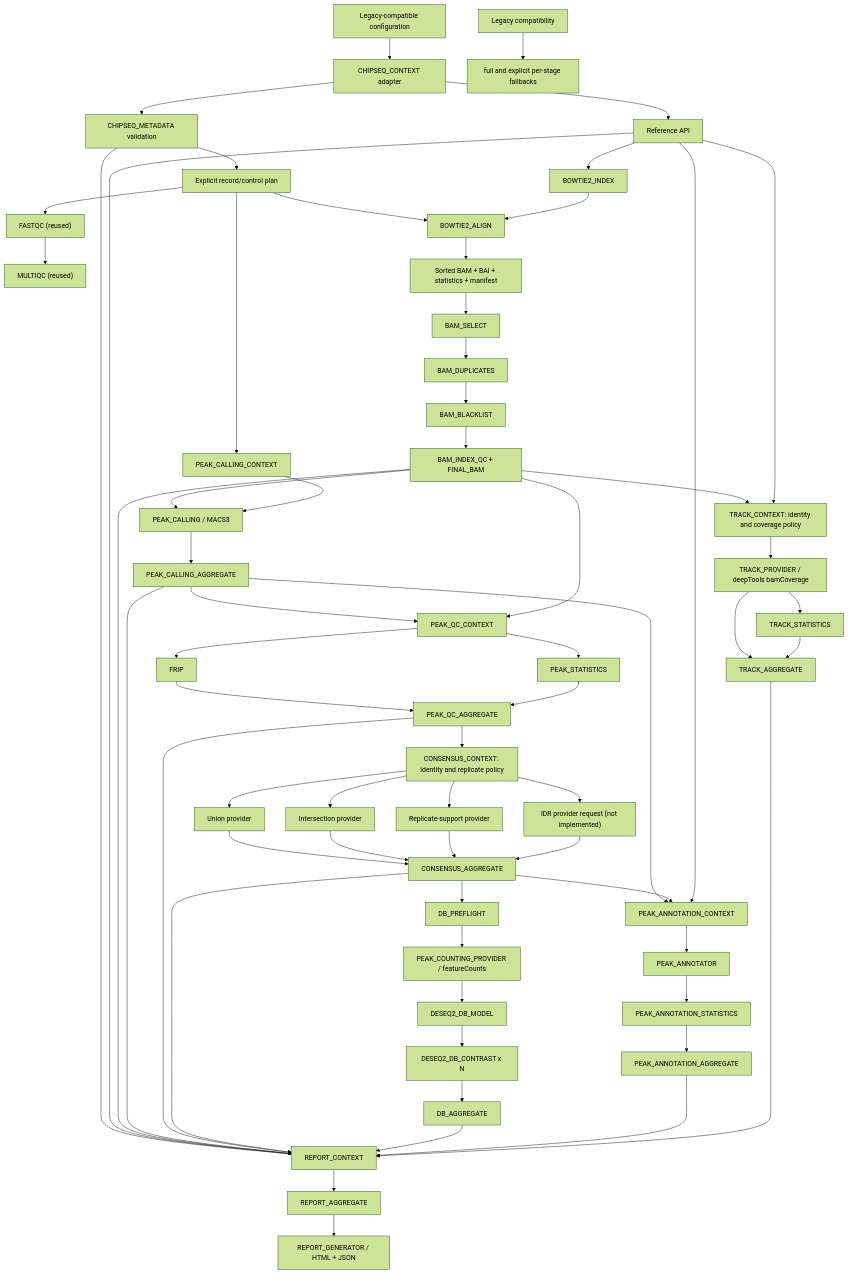
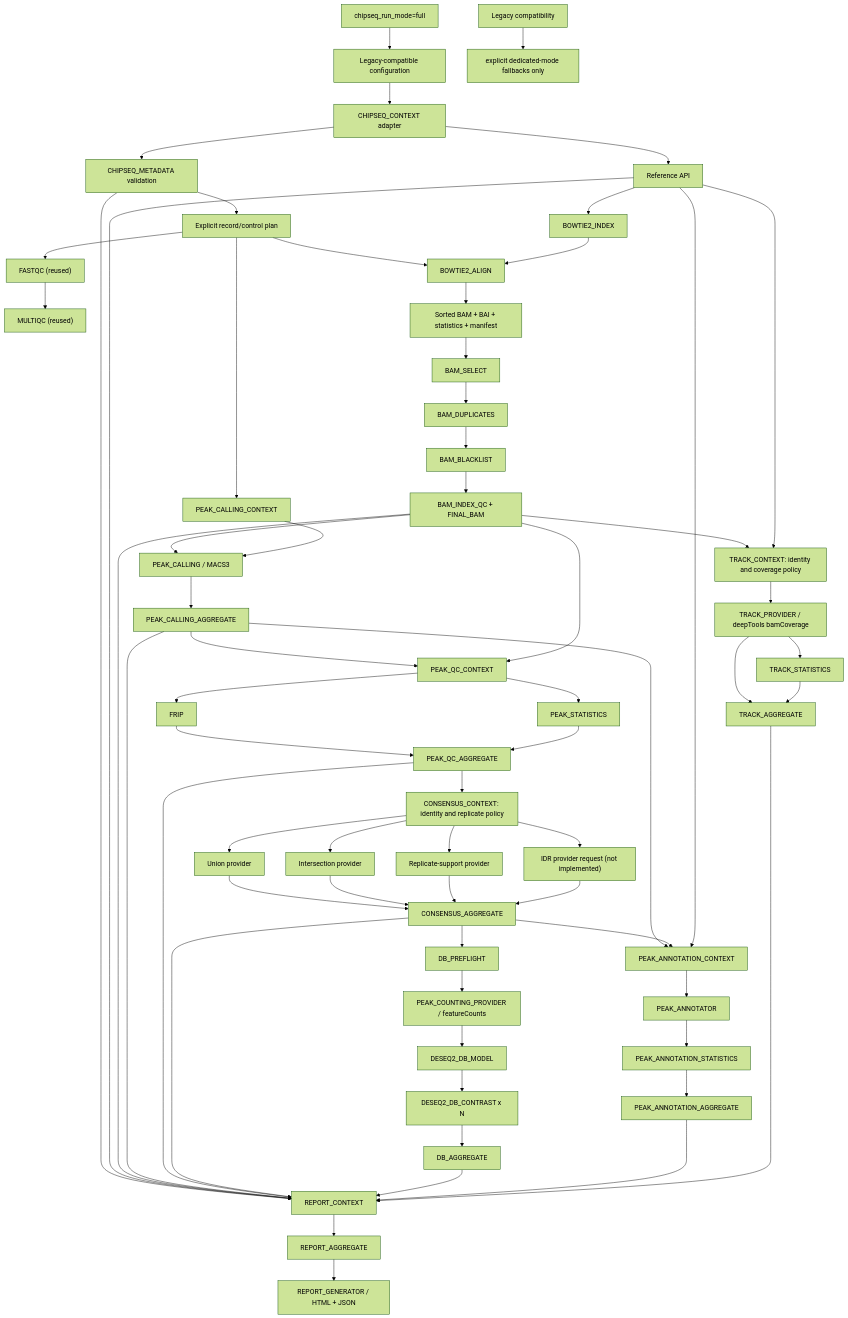
One commit to GMiguelAlves/HelixForge changed the diagram in docs/chipseq-architecture.md. Above: the diagram before and after it, drawn with Mermaid (forest theme). The commit also changed other lines of this file and 14 other files, not shown here.

````diff
--- a/docs/chipseq-architecture.md
+++ b/docs/chipseq-architecture.md
@@ -7,70 +7,71 @@
 ```mermaid
 flowchart TD
     CFG["Legacy-compatible configuration"] --> CTX["CHIPSEQ_CONTEXT adapter"]
     CTX --> META["CHIPSEQ_METADATA validation"]
     META --> PLAN["Explicit record/control plan"]
     PLAN --> FQ["FASTQC (reused)"]
     FQ --> MQ["MULTIQC (reused)"]
     CTX --> REF["Reference API"]
     REF --> BI["BOWTIE2_INDEX"]
     PLAN --> BA["BOWTIE2_ALIGN"]
     BI --> BA
     BA --> BAM["Sorted BAM + BAI + statistics + manifest"]
 
     BAM --> SEL["BAM_SELECT"]
     SEL --> DUP["BAM_DUPLICATES"]
     DUP --> BL["BAM_BLACKLIST"]
     BL --> FINAL["BAM_INDEX_QC + FINAL_BAM"]
     PLAN --> PCTX["PEAK_CALLING_CONTEXT"]
     FINAL --> PC["PEAK_CALLING / MACS3"]
     PCTX --> PC
     PC --> PAGG["PEAK_CALLING_AGGREGATE"]
     PAGG --> PQC["PEAK_QC_CONTEXT"]
     FINAL --> PQC
     PQC --> FRIP["FRIP"]
     PQC --> PSTAT["PEAK_STATISTICS"]
     FRIP --> QAGG["PEAK_QC_AGGREGATE"]
     PSTAT --> QAGG
     QAGG --> CCTX["CONSENSUS_CONTEXT: identity and replicate policy"]
     CCTX --> UNION["Union provider"]
     CCTX --> INTER["Intersection provider"]
     CCTX --> SUPPORT["Replicate-support provider"]
     CCTX --> IDR["IDR provider request (not implemented)"]
     UNION --> CAGG["CONSENSUS_AGGREGATE"]
     INTER --> CAGG
     SUPPORT --> CAGG
     IDR --> CAGG
     CAGG --> DBP["DB_PREFLIGHT"]
     DBP --> COUNT["PEAK_COUNTING_PROVIDER / featureCounts"]
     COUNT --> DBM["DESEQ2_DB_MODEL"]
     DBM --> DBC["DESEQ2_DB_CONTRAST x N"]
     DBC --> DBA["DB_AGGREGATE"]
 
     PAGG --> ACTX["PEAK_ANNOTATION_CONTEXT"]
     CAGG --> ACTX
     REF --> ACTX
     ACTX --> ANNO["PEAK_ANNOTATOR"]
     ANNO --> ASTAT["PEAK_ANNOTATION_STATISTICS"]
     ASTAT --> AAGG["PEAK_ANNOTATION_AGGREGATE"]
 
     FINAL --> TCTX["TRACK_CONTEXT: identity and coverage policy"]
     REF --> TCTX
     TCTX --> TPROV["TRACK_PROVIDER / deepTools bamCoverage"]
     TPROV --> TSTAT["TRACK_STATISTICS"]
     TPROV --> TAGG["TRACK_AGGREGATE"]
     TSTAT --> TAGG
 
     META --> RCTX["REPORT_CONTEXT"]
     REF --> RCTX
     FINAL --> RCTX
     PAGG --> RCTX
     QAGG --> RCTX
     CAGG --> RCTX
     DBA --> RCTX
     AAGG --> RCTX
     TAGG --> RCTX
     RCTX --> RAGG["REPORT_AGGREGATE"]
     RAGG --> RGEN["REPORT_GENERATOR / HTML + JSON"]
 
-    LEG["Legacy compatibility"] --> FULL["full and explicit per-stage fallbacks"]
+    FULL["chipseq_run_mode=full"] --> CFG
+    LEG["Legacy compatibility"] --> FALLBACK["explicit dedicated-mode fallbacks only"]
 ```
````
